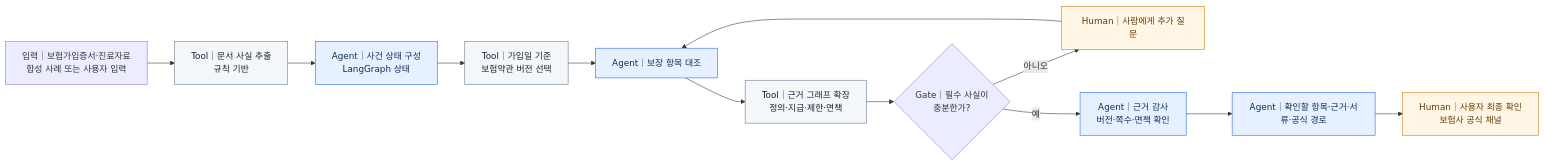
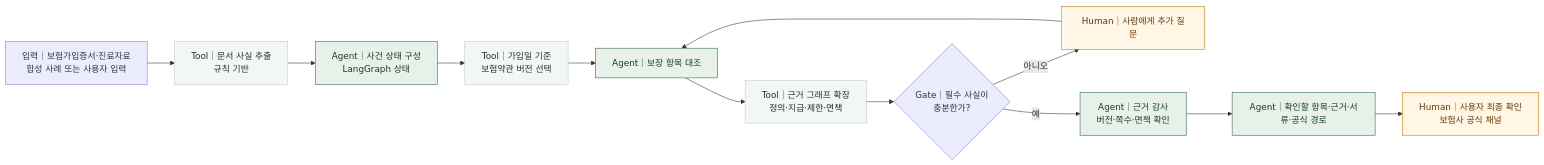
One commit to turtlehwan/2026-finance-ai-challenge changed the diagram in docs/diagrams/agentic-evidence-flow.mmd. Above: the diagram before and after it, drawn with Mermaid. The commit also changed 6 other files, not shown here.

```diff
--- a/docs/diagrams/agentic-evidence-flow.mmd
+++ b/docs/diagrams/agentic-evidence-flow.mmd
@@ -1,19 +1,19 @@
 flowchart LR
     A["입력｜보험가입증서·진료자료\n합성 사례 또는 사용자 입력"] --> B["Tool｜문서 사실 추출\n규칙 기반"]
     B --> C["Agent｜사건 상태 구성\nLangGraph 상태"]
     C --> D["Tool｜가입일 기준\n보험약관 버전 선택"]
     D --> E["Agent｜보장 항목 대조"]
     E --> F["Tool｜근거 그래프 확장\n정의·지급·제한·면책"]
     F --> G{"Gate｜필수 사실이\n충분한가?"}
     G -- "아니오" --> H["Human｜사람에게 추가 질문"]
     H --> E
     G -- "예" --> I["Agent｜근거 감사\n버전·쪽수·면책 확인"]
     I --> J["Agent｜확인할 항목·근거·서류·공식 경로"]
     J --> K["Human｜사용자 최종 확인\n보험사 공식 채널"]
 
-    classDef agent fill:#E7F0FF,stroke:#2563EB,color:#0F2E59;
-    classDef tool fill:#F4F7FA,stroke:#64748B,color:#172033;
+    classDef agent fill:#E7F0E9,stroke:#276749,color:#173C2D;
+    classDef tool fill:#F3F7F4,stroke:#BDCCC2,color:#193229;
     classDef human fill:#FFF6E5,stroke:#C87900,color:#653900;
     class C,E,I,J agent;
     class B,D,F tool;
     class H,K human;
```
